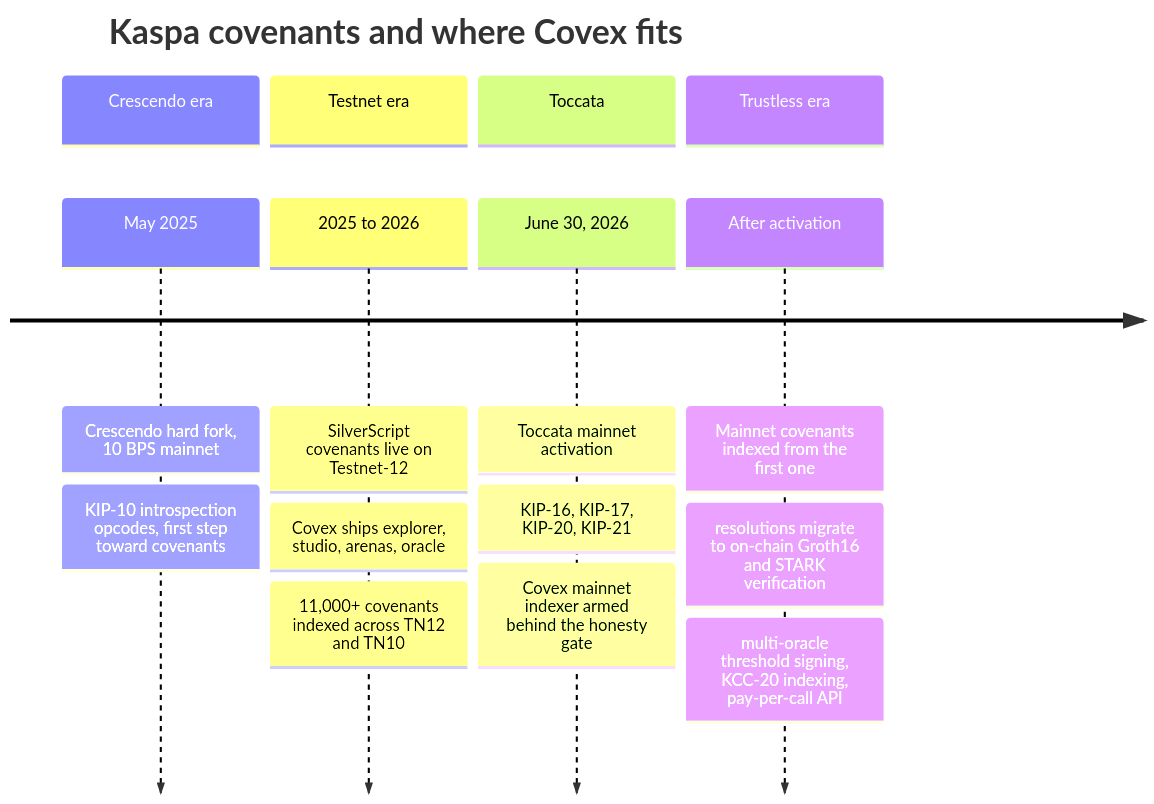
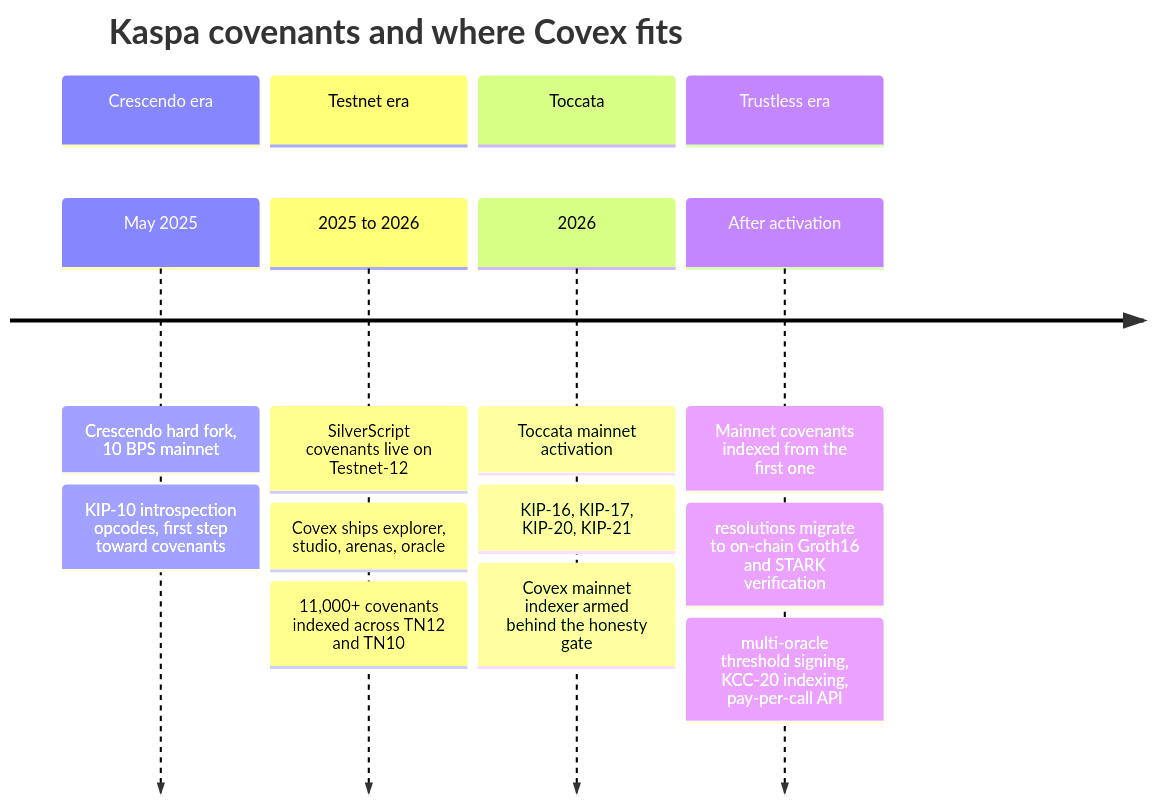
One commit to THTProtocol/Covex27 changed the fourth of 5 diagrams in README.md. Above: the diagram before and after it, drawn with Mermaid. The commit also changed other lines of this file and 2 other files, not shown here.

First line of the commit message:
Content honesty + data refresh: readme, whitepaper, README.md

````diff
--- a/README.md
+++ b/README.md
@@ -247,12 +247,12 @@
 ```mermaid
 timeline
     title Kaspa covenants and where Covex fits
     section Crescendo era
         May 2025 : Crescendo hard fork, 10 BPS mainnet : KIP-10 introspection opcodes, first step toward covenants
     section Testnet era
         2025 to 2026 : SilverScript covenants live on Testnet-12 : Covex ships explorer, studio, arenas, oracle : 11,000+ covenants indexed across TN12 and TN10
     section Toccata
-        June 30, 2026 : Toccata mainnet activation : KIP-16, KIP-17, KIP-20, KIP-21 : Covex mainnet indexer armed behind the honesty gate
+        2026 : Toccata mainnet activation : KIP-16, KIP-17, KIP-20, KIP-21 : Covex mainnet indexer armed behind the honesty gate
     section Trustless era
         After activation : Mainnet covenants indexed from the first one : resolutions migrate to on-chain Groth16 and STARK verification : multi-oracle threshold signing, KCC-20 indexing, pay-per-call API
 ```
````
